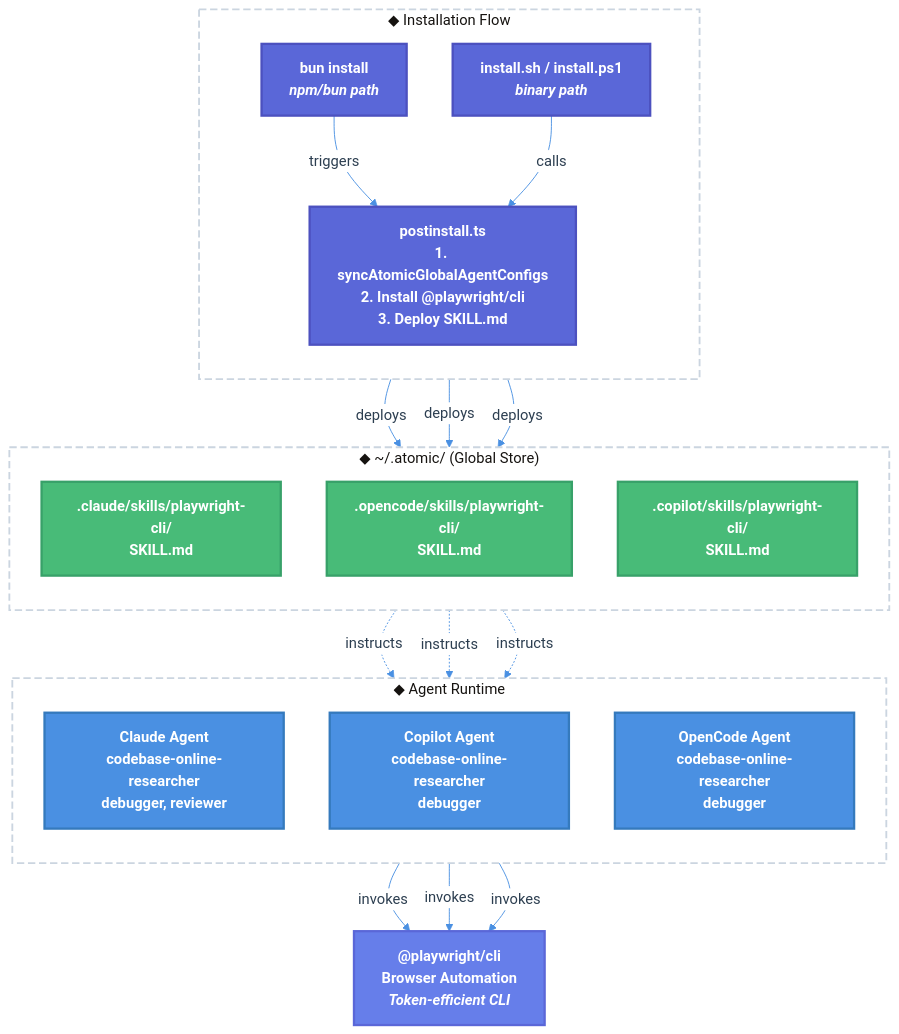
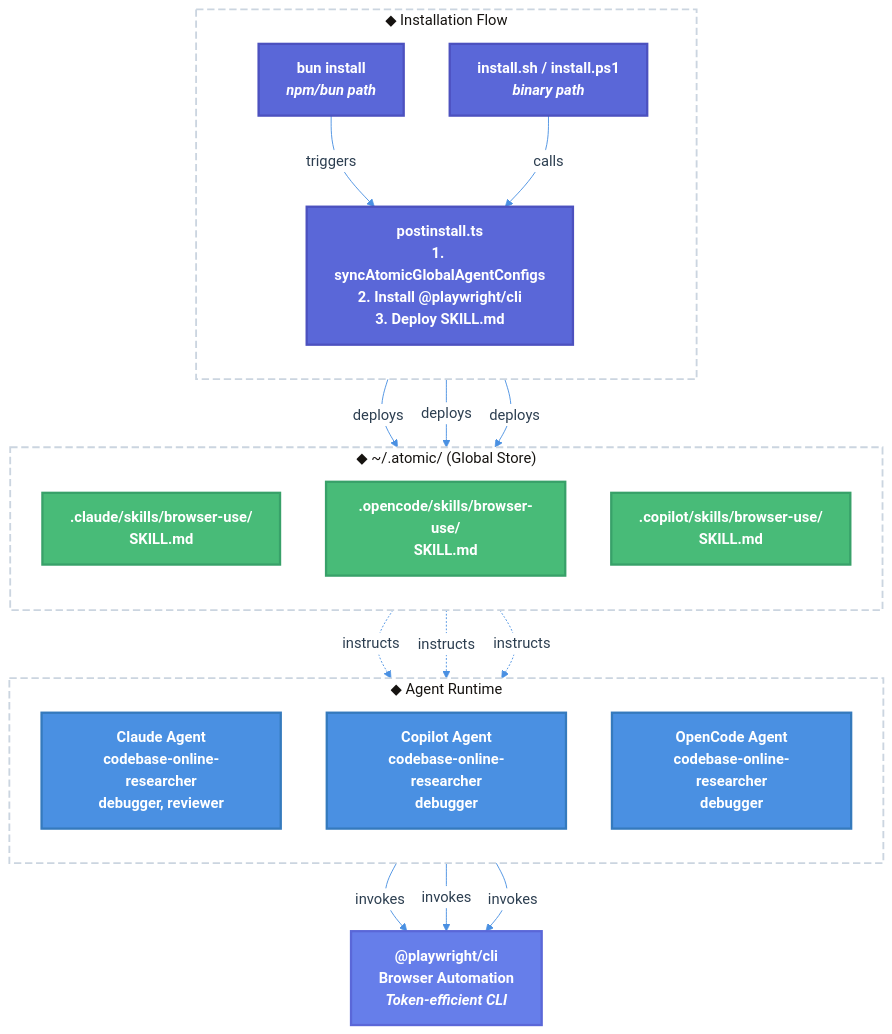
Before and after one commit to flora131/atomic: the diagram in specs/2026-03-02-playwright-cli-integration.md, drawn with Mermaid. The commit also changed other lines of this file and 31 other files, not shown here.

First line of the commit message:
feat(subagents): replace playwright skill with browser-use

````diff
--- a/specs/2026-03-02-playwright-cli-integration.md
+++ b/specs/2026-03-02-playwright-cli-integration.md
@@ -66,50 +66,50 @@
 ```mermaid
 %%{init: {'theme':'base', 'themeVariables': { 'primaryColor':'#f8f9fa','primaryTextColor':'#2c3e50','primaryBorderColor':'#4a5568','lineColor':'#4a90e2','secondaryColor':'#ffffff','tertiaryColor':'#e9ecef','background':'#f5f7fa','mainBkg':'#f8f9fa','nodeBorder':'#4a5568','clusterBkg':'#ffffff','clusterBorder':'#cbd5e0','edgeLabelBackground':'#ffffff'}}}%%
 
 flowchart TB
     classDef installStep fill:#5a67d8,stroke:#4c51bf,stroke-width:2.5px,color:#ffffff,font-weight:600
     classDef configTarget fill:#48bb78,stroke:#38a169,stroke-width:2.5px,color:#ffffff,font-weight:600
     classDef agentNode fill:#4a90e2,stroke:#357abd,stroke-width:2.5px,color:#ffffff,font-weight:600
     classDef skillNode fill:#667eea,stroke:#5a67d8,stroke-width:2.5px,color:#ffffff,font-weight:600
 
     subgraph InstallFlow["◆ Installation Flow"]
         direction TB
         BunInstall["<b>bun install</b><br><i>npm/bun path</i>"]:::installStep
         InstallSh["<b>install.sh / install.ps1</b><br><i>binary path</i>"]:::installStep
         Postinstall["<b>postinstall.ts</b><br>1. syncAtomicGlobalAgentConfigs<br>2. Install @playwright/cli<br>3. Deploy SKILL.md"]:::installStep
     end
 
     subgraph GlobalStore["◆ ~/.atomic/ (Global Store)"]
         direction TB
-        ClaudeSkill["<b>.claude/skills/playwright-cli/</b><br>SKILL.md"]:::configTarget
-        OpenCodeSkill["<b>.opencode/skills/playwright-cli/</b><br>SKILL.md"]:::configTarget
-        CopilotSkill["<b>.copilot/skills/playwright-cli/</b><br>SKILL.md"]:::configTarget
+        ClaudeSkill["<b>.claude/skills/browser-use/</b><br>SKILL.md"]:::configTarget
+        OpenCodeSkill["<b>.opencode/skills/browser-use/</b><br>SKILL.md"]:::configTarget
+        CopilotSkill["<b>.copilot/skills/browser-use/</b><br>SKILL.md"]:::configTarget
     end
 
     subgraph AgentUsage["◆ Agent Runtime"]
         direction TB
         ClaudeAgent["<b>Claude Agent</b><br>codebase-online-researcher<br>debugger, reviewer"]:::agentNode
         CopilotAgent["<b>Copilot Agent</b><br>codebase-online-researcher<br>debugger"]:::agentNode
         OpenCodeAgent["<b>OpenCode Agent</b><br>codebase-online-researcher<br>debugger"]:::agentNode
     end
 
     PlaywrightCLI["<b>@playwright/cli</b><br>Browser Automation<br><i>Token-efficient CLI</i>"]:::skillNode
 
     BunInstall -->|"triggers"| Postinstall
     InstallSh -->|"calls"| Postinstall
     Postinstall -->|"deploys"| ClaudeSkill
     Postinstall -->|"deploys"| OpenCodeSkill
     Postinstall -->|"deploys"| CopilotSkill
 
     ClaudeAgent -->|"invokes"| PlaywrightCLI
     CopilotAgent -->|"invokes"| PlaywrightCLI
     OpenCodeAgent -->|"invokes"| PlaywrightCLI
 
     ClaudeSkill -.->|"instructs"| ClaudeAgent
     OpenCodeSkill -.->|"instructs"| OpenCodeAgent
     CopilotSkill -.->|"instructs"| CopilotAgent
 
     style InstallFlow fill:#ffffff,stroke:#cbd5e0,stroke-width:2px,stroke-dasharray:8 4
     style GlobalStore fill:#ffffff,stroke:#cbd5e0,stroke-width:2px,stroke-dasharray:8 4
     style AgentUsage fill:#ffffff,stroke:#cbd5e0,stroke-width:2px,stroke-dasharray:8 4
 ```
````
